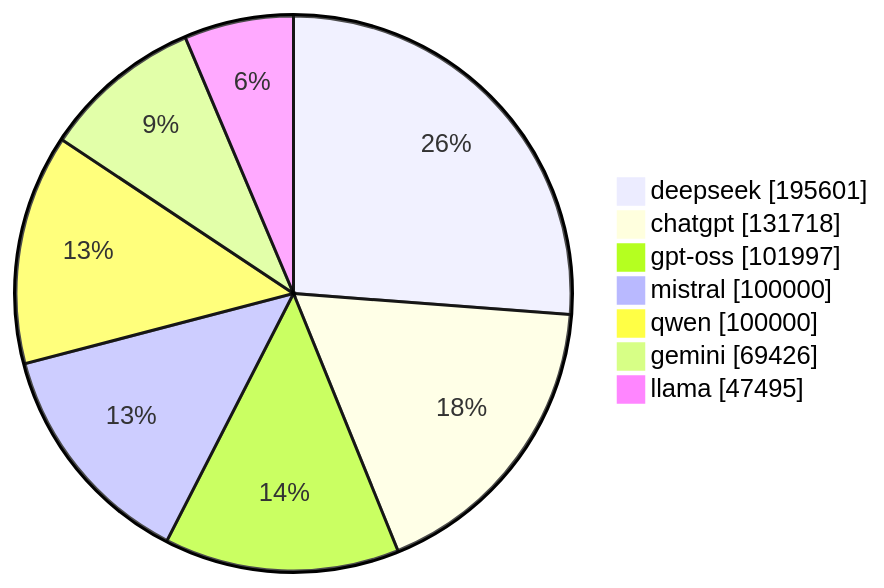
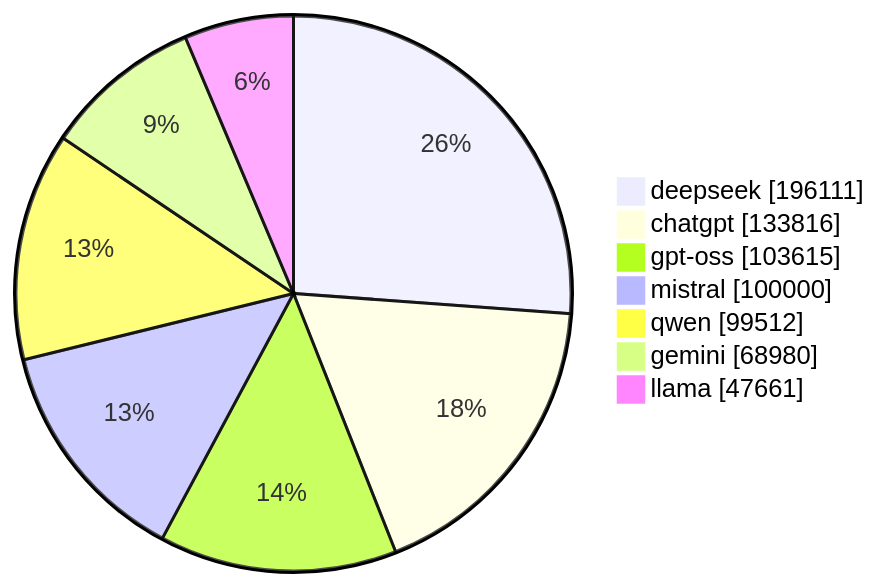
The diagram in README.md (gqgs/llm100kbench), drawn with Mermaid before and after one commit. The commit also changed other lines of this file and 17 other files, not shown here.

````diff
--- a/README.md
+++ b/README.md
@@ -50,10 +50,10 @@
 ```mermaid
 pie showData
-    "deepseek" : 195601
-    "chatgpt" : 131718
-    "gpt-oss" : 101997
+    "deepseek" : 196111
+    "chatgpt" : 133816
+    "gpt-oss" : 103615
     "mistral" : 100000
-    "qwen" : 100000
-    "gemini" : 69426
-    "llama" : 47495
+    "qwen" : 99512
+    "gemini" : 68980
+    "llama" : 47661
 ```
````
